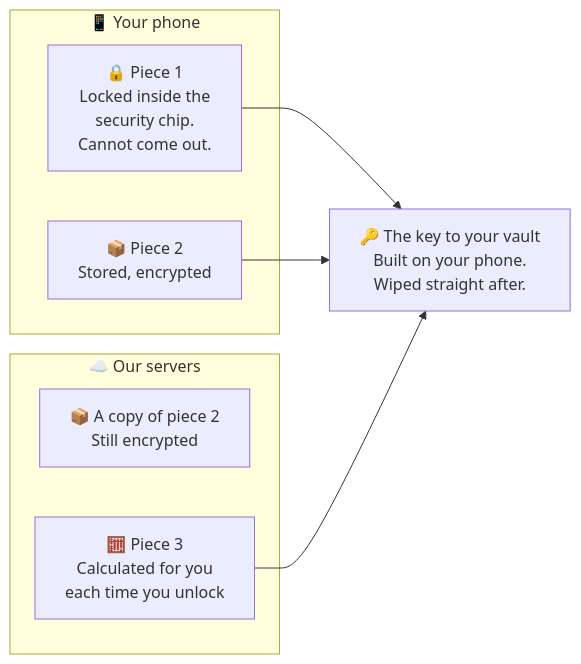
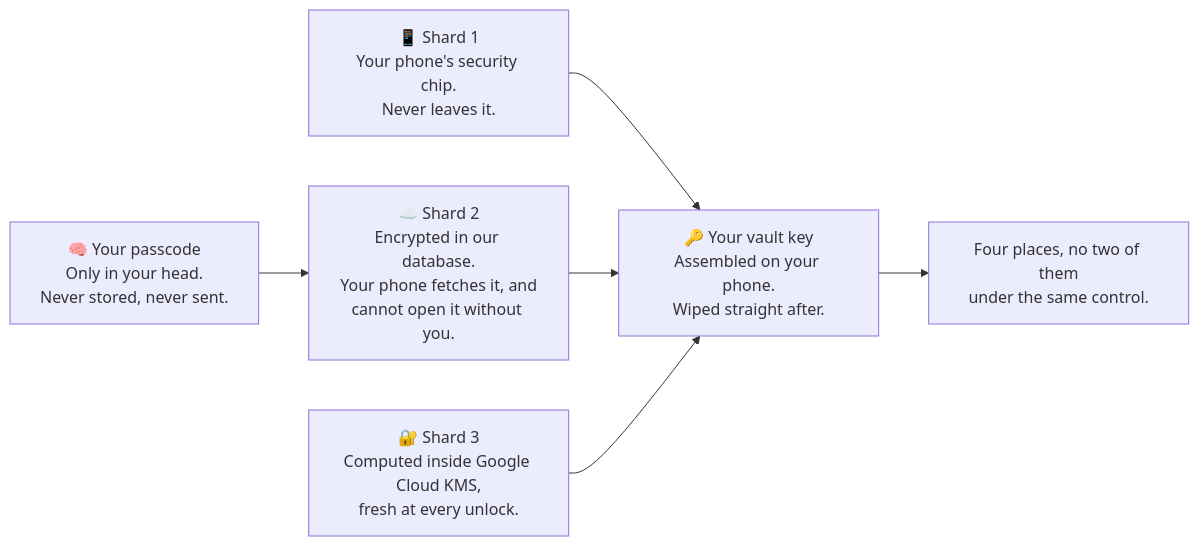
Before and after one commit to TuPhung369/passwordepic-website: the first of 4 diagrams in docs/how-it-works.md, drawn with Mermaid. The commit also changed other lines of this file and 5 other files, not shown here.

````diff
--- a/docs/how-it-works.md
+++ b/docs/how-it-works.md
@@ -22,18 +22,10 @@
 ```mermaid
 flowchart LR
-  subgraph phone["📱 Your phone"]
-    P1["🔒 Piece 1<br/>Locked inside the<br/>security chip.<br/>Cannot come out."]
-    P2["📦 Piece 2<br/>Stored, encrypted"]
-  end
-
-  subgraph ours["☁️ Our servers"]
-    C2["📦 A copy of piece 2<br/>Still encrypted"]
-    P3["🧮 Piece 3<br/>Calculated for you<br/>each time you unlock"]
-  end
-
-  P1 --> KEY
-  P2 --> KEY
-  P3 --> KEY
-
-  KEY["🔑 The key to your vault<br/>Built on your phone.<br/>Wiped straight after."]
+  P["🧠 Your passcode<br/>Only in your head.<br/>Never stored, never sent."] --> S2
+  S2["☁️ Shard 2<br/>Encrypted in our database.<br/>Your phone fetches it, and<br/>cannot open it without you."]
+  S1["📱 Shard 1<br/>Your phone's security chip.<br/>Never leaves it."] --> KEY
+  S2 --> KEY
+  S3["🔐 Shard 3<br/>Computed inside Google Cloud KMS,<br/>fresh at every unlock."] --> KEY
+  KEY["🔑 Your vault key<br/>Assembled on your phone.<br/>Wiped straight after."]
+  KEY --> N["Four places, no two of them<br/>under the same control."]
 ```
````
